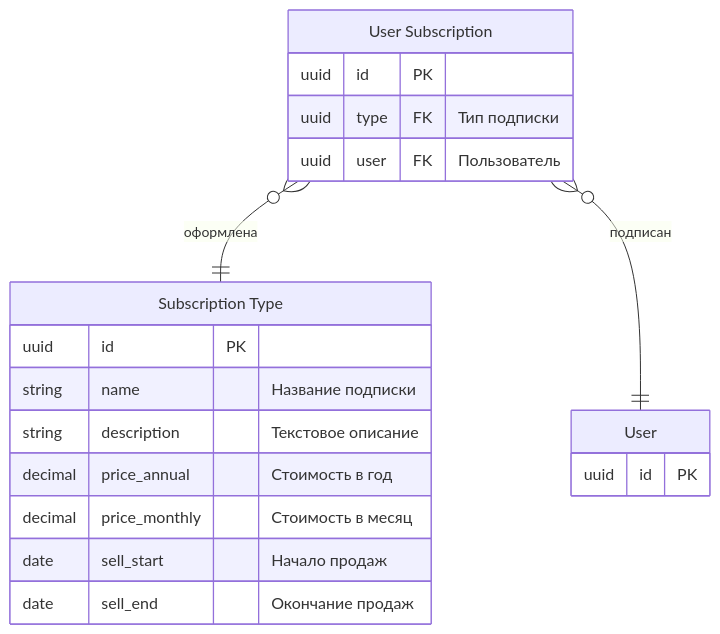
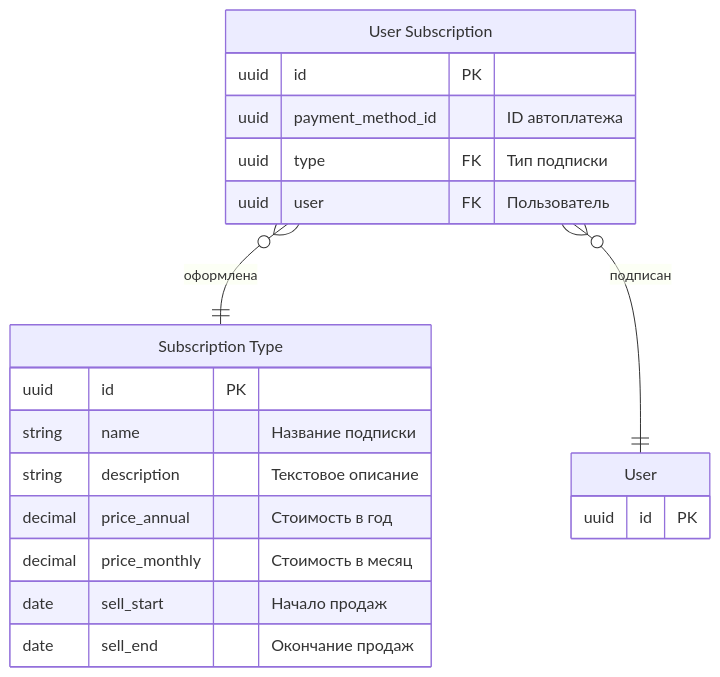
Before and after one commit to smb13/graduate_work: the diagram in architecture/erd_subscriptions.md, drawn with Mermaid. The commit also changed 10 other files, not shown here.

Commit message:
Диаграммы последовательностей и описание API

````diff
--- a/architecture/erd_subscriptions.md
+++ b/architecture/erd_subscriptions.md
@@ -3,26 +3,27 @@
 ```mermaid
 erDiagram
     subscription-type["Subscription Type"] {
         uuid id PK
         string name "Название подписки"
         string description "Текстовое описание"
         decimal price_annual "Стоимость в год"
         decimal price_monthly "Стоимость в месяц"
         date sell_start "Начало продаж"
         date sell_end "Окончание продаж"
     }
     
     user-subscription["User Subscription"] {
         uuid id PK
+        uuid payment_method_id "ID автоплатежа"
         uuid type FK "Тип подписки" 
         uuid user FK "Пользователь"
     }
 
     user[User] {
         uuid id PK
     }
 
     user-subscription }o--|| subscription-type : "оформлена"
     user-subscription }o--|| user : "подписан"
 
 ```
````
